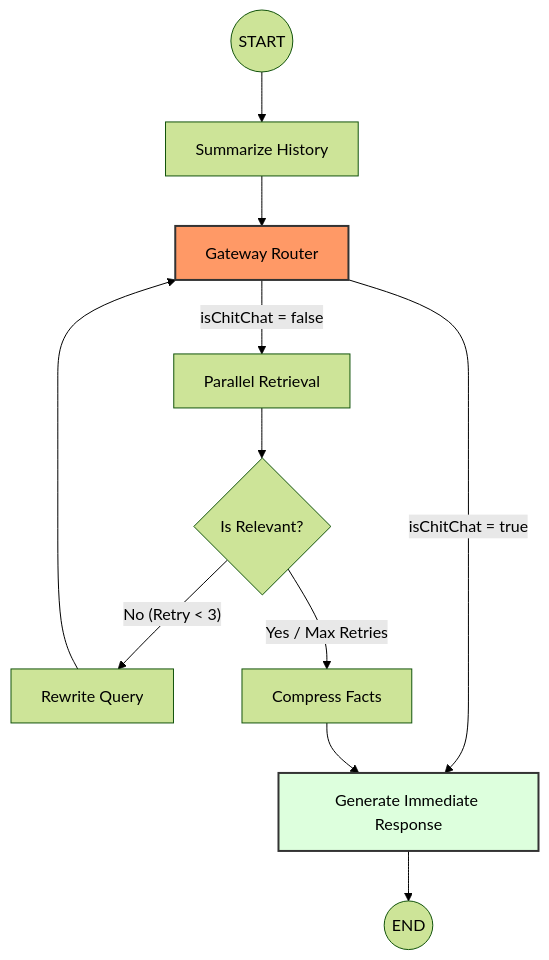
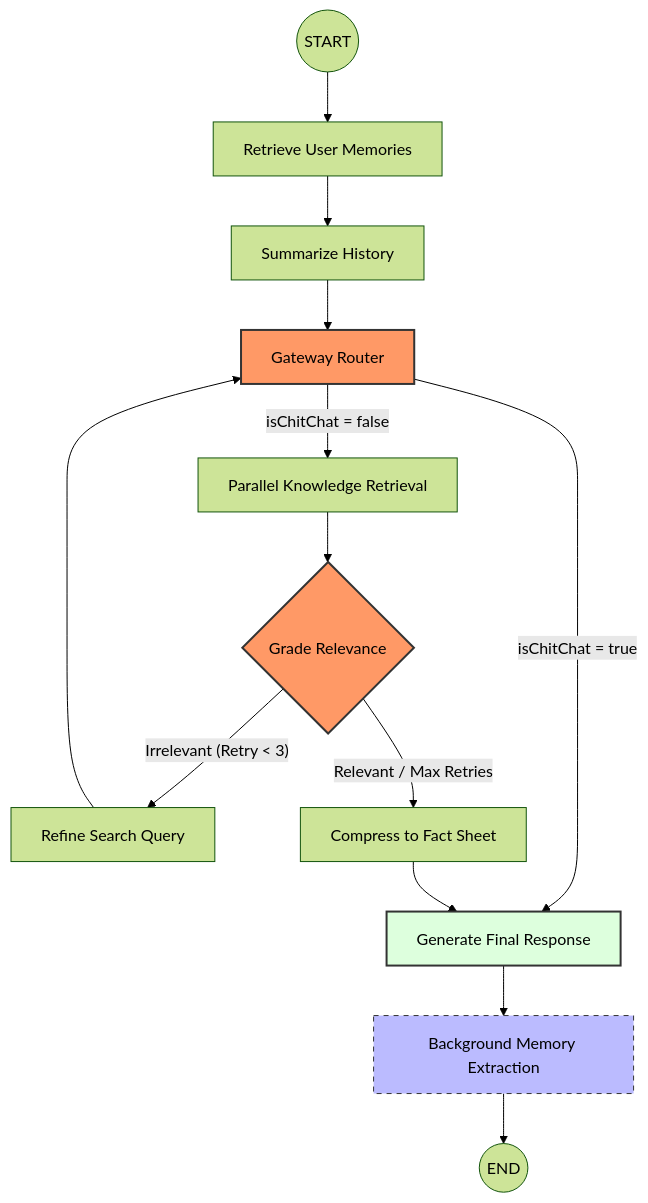
Before and after one commit to DragonL57/vmg_chatbot: the second of 2 diagrams in docs/ARCHITECTURE.md, drawn with Mermaid (forest theme). The commit also changed other lines of this file and 29 other files, not shown here.

````diff
--- a/docs/ARCHITECTURE.md
+++ b/docs/ARCHITECTURE.md
@@ -49,21 +56,25 @@
 ```mermaid
 flowchart TD
-    Start((START)) --> Summarize[Summarize History]
+    Start((START)) --> MemRetrieve[Retrieve User Memories]
+    MemRetrieve --> Summarize[Summarize History]
     Summarize --> Router[Gateway Router]
     
-    Router -- "isChitChat = true" --> EndResponse[Generate Immediate Response]
-    Router -- "isChitChat = false" --> Retrieve[Parallel Retrieval]
+    Router -- "isChitChat = true" --> EndResponse[Generate Final Response]
+    Router -- "isChitChat = false" --> Retrieve[Parallel Knowledge Retrieval]
     
-    Retrieve --> Grade{Is Relevant?}
+    Retrieve --> Grade{Grade Relevance}
     
-    Grade -- "No (Retry < 3)" --> Rewrite[Rewrite Query]
+    Grade -- "Irrelevant (Retry < 3)" --> Rewrite[Refine Search Query]
     Rewrite --> Router
     
-    Grade -- "Yes / Max Retries" --> Compress[Compress Facts]
+    Grade -- "Relevant / Max Retries" --> Compress[Compress to Fact Sheet]
     Compress --> EndResponse
     
-    EndResponse --> End((END))
+    EndResponse --> MemExtract[Background Memory Extraction]
+    MemExtract --> End((END))
 
     style Router fill:#f96,stroke:#333,stroke-width:2px
+    style Grade fill:#f96,stroke:#333,stroke-width:2px
     style EndResponse fill:#dfd,stroke:#333,stroke-width:2px
+    style MemExtract fill:#bbf,stroke:#333,stroke-dasharray: 5 5
 ```
````
